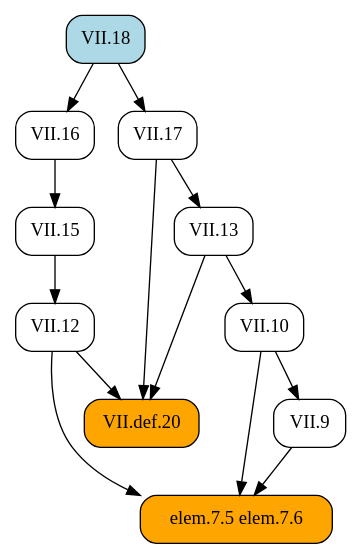
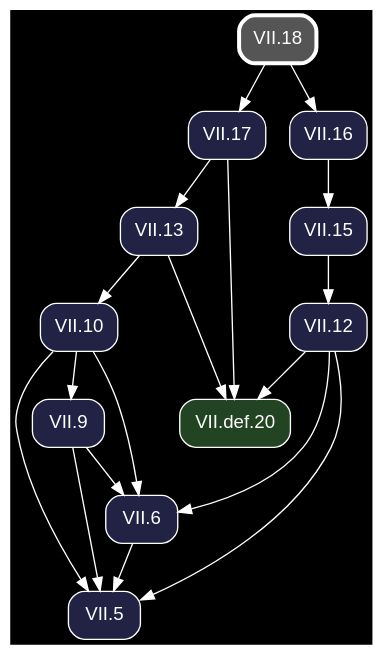
The diagram in docsrc/heath/VII/18/index.rst (geometor/elements), drawn with Graphviz before and after one commit. The commit also changed other lines of this file and 1200 other files, not shown here.

Commit message:
update dependency graphs

```diff
--- a/docsrc/heath/VII/18/index.rst
+++ b/docsrc/heath/VII/18/index.rst
@@ -30,29 +30,36 @@
 .. graphviz::
 
    digraph {
+     bgcolor="black";
+     node [shape=box, style="rounded,filled", fontname="Helvetica", color="white", fontcolor="white"];
+     edge [color="white", fontcolor="white"];
      rankdir="TB";
-     node [shape=box, style=rounded];
-     "VII.13" [URL="/heath/VII/13/", target="_top"];
-     "VII.12" [URL="/heath/VII/12/", target="_top"];
-     "elem.7.5 elem.7.6" [style="rounded,filled", fillcolor=orange];
-     "VII.9" [URL="/heath/VII/9/", target="_top"];
-     "VII.18" [style="rounded,filled", fillcolor=lightblue, URL="/heath/VII/18/", target="_top"];
-     "VII.16" [URL="/heath/VII/16/", target="_top"];
-     "VII.17" [URL="/heath/VII/17/", target="_top"];
-     "VII.def.20" [style="rounded,filled", fillcolor=orange, URL="/heath/VII/def.20/", target="_top"];
-     "VII.15" [URL="/heath/VII/15/", target="_top"];
-     "VII.10" [URL="/heath/VII/10/", target="_top"];
+     "VII.13" [fillcolor="#222244", URL="/heath/VII/13/", target="_top"];
+     "VII.10" [fillcolor="#222244", URL="/heath/VII/10/", target="_top"];
+     "VII.18" [penwidth=3, color="white", fillcolor="#555555", URL="/heath/VII/18/", target="_top"];
+     "VII.5" [fillcolor="#222244", URL="/heath/VII/5/", target="_top"];
+     "VII.def.20" [fillcolor="#224422", URL="/heath/VII/def.20/", target="_top"];
+     "VII.9" [fillcolor="#222244", URL="/heath/VII/9/", target="_top"];
+     "VII.6" [fillcolor="#222244", URL="/heath/VII/6/", target="_top"];
+     "VII.12" [fillcolor="#222244", URL="/heath/VII/12/", target="_top"];
+     "VII.16" [fillcolor="#222244", URL="/heath/VII/16/", target="_top"];
+     "VII.17" [fillcolor="#222244", URL="/heath/VII/17/", target="_top"];
+     "VII.15" [fillcolor="#222244", URL="/heath/VII/15/", target="_top"];
      "VII.17" -> "VII.13";
-     "VII.15" -> "VII.12";
-     "VII.9" -> "elem.7.5 elem.7.6";
-     "VII.10" -> "elem.7.5 elem.7.6";
-     "VII.12" -> "elem.7.5 elem.7.6";
-     "VII.10" -> "VII.9";
-     "VII.18" -> "VII.16";
-     "VII.18" -> "VII.17";
+     "VII.13" -> "VII.10";
+     "VII.6" -> "VII.5";
+     "VII.9" -> "VII.5";
+     "VII.10" -> "VII.5";
+     "VII.12" -> "VII.5";
      "VII.12" -> "VII.def.20";
      "VII.13" -> "VII.def.20";
      "VII.17" -> "VII.def.20";
+     "VII.10" -> "VII.9";
+     "VII.9" -> "VII.6";
+     "VII.10" -> "VII.6";
+     "VII.12" -> "VII.6";
+     "VII.15" -> "VII.12";
+     "VII.18" -> "VII.16";
+     "VII.18" -> "VII.17";
      "VII.16" -> "VII.15";
-     "VII.13" -> "VII.10";
    }
```
